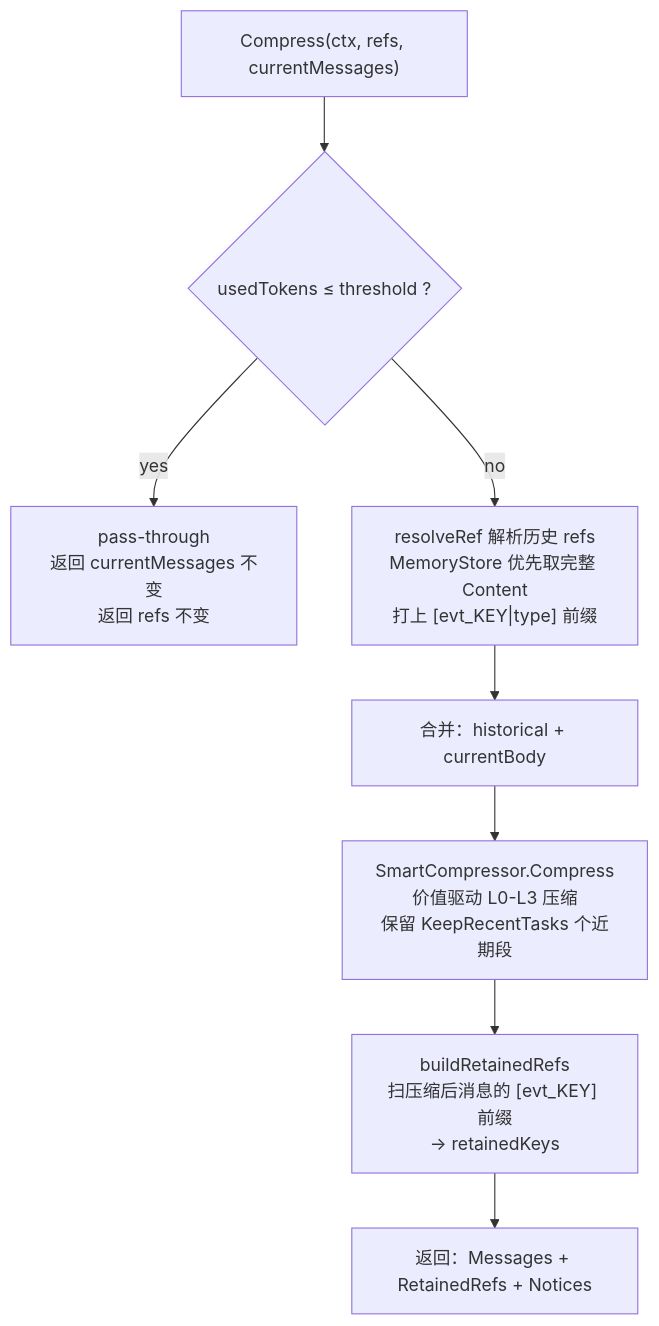
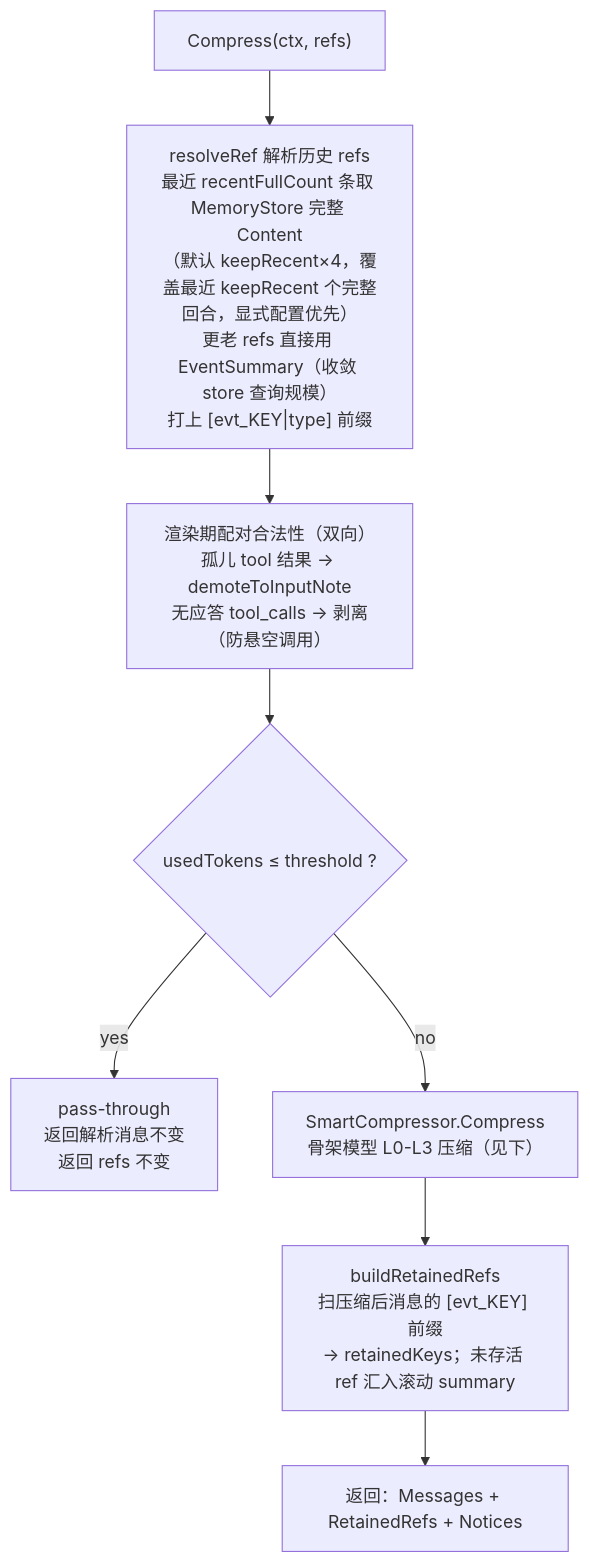
Before and after one commit to SpellingDragon/tagent: the sixth of 7 diagrams in docs/wiki/agent/event-flow.md, drawn with Mermaid. The commit also changed other lines of this file and 22 other files, not shown here.

Commit message:
feat(compress): task-skeleton compression — agent_output-bounded turns, age-driven L0-L3, multi-segment archival exit unlocks external_input compaction (openspec: task-skeleton-compression)

````diff
--- a/docs/wiki/agent/event-flow.md
+++ b/docs/wiki/agent/event-flow.md
@@ -101,11 +101,10 @@
 ```mermaid
 graph TD
-    IN["Compress(ctx, refs, currentMessages)"] --> T{"usedTokens ≤ threshold ?"}
-    T -- yes --> P1["pass-through<br/>返回 currentMessages 不变<br/>返回 refs 不变"]
-
-    T -- no --> RES["resolveRef 解析历史 refs<br/>MemoryStore 优先取完整 Content<br/>打上 [evt_KEY|type] 前缀"]
-    RES --> MERGE["合并：historical + currentBody"]
-    MERGE --> SC["SmartCompressor.Compress<br/>价值驱动 L0-L3 压缩<br/>保留 KeepRecentTasks 个近期段"]
-    SC --> BR["buildRetainedRefs<br/>扫压缩后消息的 [evt_KEY] 前缀<br/>→ retainedKeys"]
+    IN["Compress(ctx, refs)"] --> RES["resolveRef 解析历史 refs<br/>最近 recentFullCount 条取 MemoryStore 完整 Content<br/>（默认 keepRecent×4，覆盖最近 keepRecent 个完整回合，显式配置优先）<br/>更老 refs 直接用 EventSummary（收敛 store 查询规模）<br/>打上 [evt_KEY|type] 前缀"]
+    RES --> LEG["渲染期配对合法性（双向）<br/>孤儿 tool 结果 → demoteToInputNote<br/>无应答 tool_calls → 剥离（防悬空调用）"]
+    LEG --> T{"usedTokens ≤ threshold ?"}
+    T -- yes --> P1["pass-through<br/>返回解析消息不变<br/>返回 refs 不变"]
+    T -- no --> SC["SmartCompressor.Compress<br/>骨架模型 L0-L3 压缩（见下）"]
+    SC --> BR["buildRetainedRefs<br/>扫压缩后消息的 [evt_KEY] 前缀<br/>→ retainedKeys；未存活 ref 汇入滚动 summary"]
     BR --> OUT["返回：Messages + RetainedRefs + Notices"]
 ```
````
